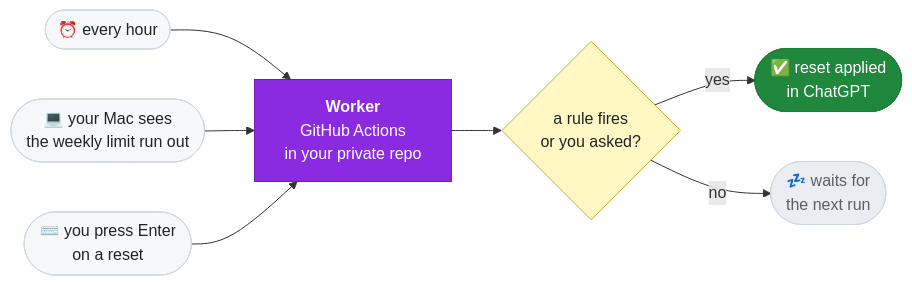
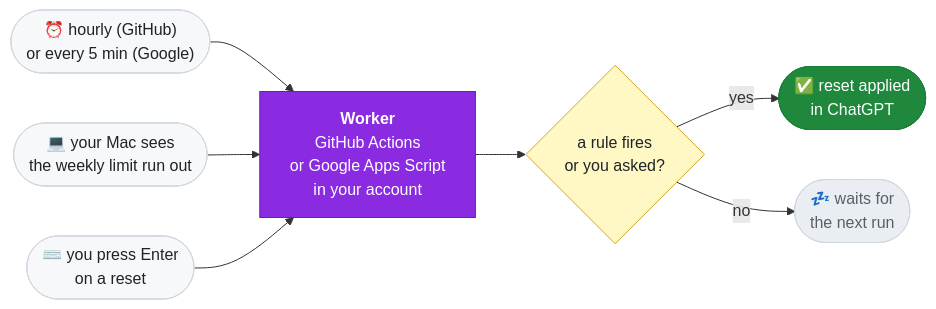
Before and after one commit to Keshaqaz/ares: the diagram in README.md, drawn with Mermaid. The commit also changed other lines of this file and 3 other files, not shown here.

First line of the commit message:
Document the Google Apps Script platform, its install screens and uninstall

````diff
--- a/README.md
+++ b/README.md
@@ -72,28 +72,28 @@
 ```mermaid
 flowchart LR
-  hour(["⏰ every hour"])
+  hour(["⏰ hourly (GitHub)<br/>or every 5 min (Google)"])
   mac(["💻 your Mac sees<br/>the weekly limit run out"])
   you(["⌨️ you press Enter<br/>on a reset"])
-  worker["<b>Worker</b><br/>GitHub Actions<br/>in your private repo"]
+  worker["<b>Worker</b><br/>GitHub Actions<br/>or Google Apps Script<br/>in your account"]
   due{"a rule fires<br/>or you asked?"}
   apply(["✅ reset applied<br/>in ChatGPT"])
   wait(["💤 waits for<br/>the next run"])
 
   hour --> worker
   mac --> worker
   you --> worker
   worker --> due
   due -- yes --> apply
   due -- no --> wait
 
   classDef trigger fill:#f6f8fa,stroke:#d0d7de,color:#1f2328
   classDef main fill:#8A2BE2,stroke:#6a1fb0,color:#ffffff
   classDef check fill:#fff8c5,stroke:#d4a72c,color:#1f2328
   classDef ok fill:#1f883d,stroke:#1a7f37,color:#ffffff
   classDef idle fill:#eaeef2,stroke:#d0d7de,color:#57606a
   class hour,mac,you trigger
   class worker main
   class due check
   class apply ok
   class wait idle
 ```
````
